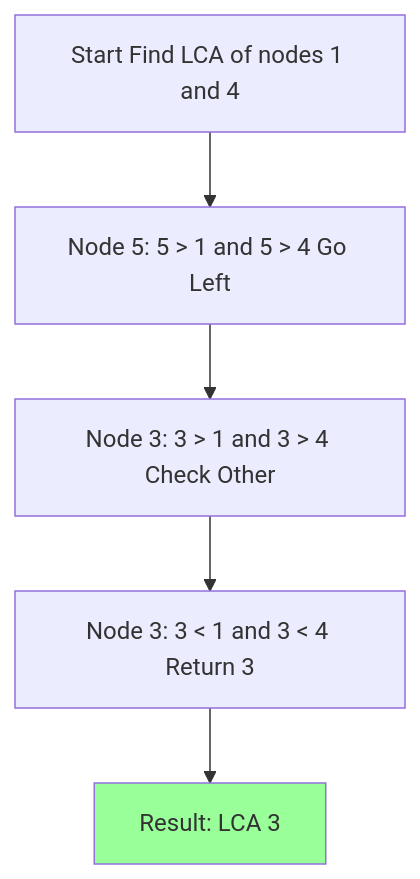
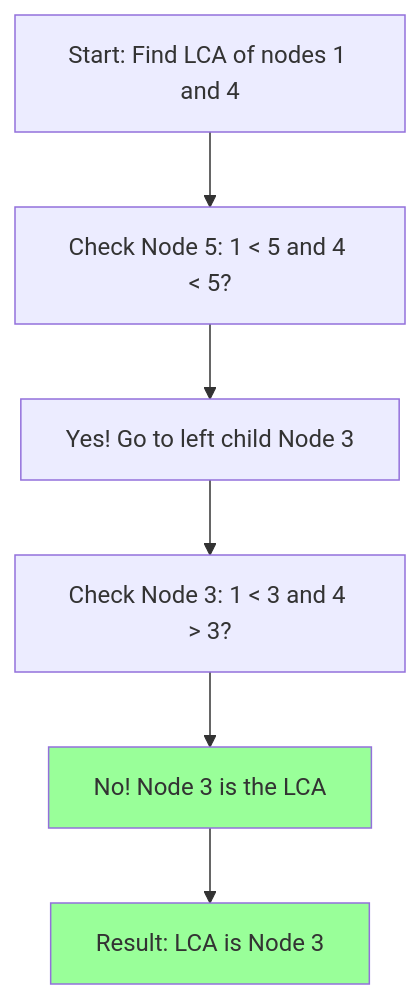
One commit to proxyroot/proxyroot.github.io changed the fifth of 5 diagrams in _posts/2024-06-01-bst-overview.markdown. Above: the diagram before and after it, drawn with Mermaid. The commit also changed other lines of this file, not shown here.

````diff
--- a/_posts/2024-06-01-bst-overview.markdown
+++ b/_posts/2024-06-01-bst-overview.markdown
@@ -170,11 +214,13 @@
 ```mermaid
 graph TD
-    Start[Start Find LCA of nodes 1 and 4]
-    N5[Node 5: 5 > 1 and 5 > 4 Go Left]
-    N3[Node 3: 3 > 1 and 3 > 4 Check Other]
-    N3Check[Node 3: 3 < 1 and 3 < 4 Return 3]
-    Result[Result: LCA 3]
+    Start[Start: Find LCA of nodes 1 and 4]
+    Check5[Check Node 5: 1 < 5 and 4 < 5?]
+    GoLeft[Yes! Go to left child Node 3]
+    Check3[Check Node 3: 1 < 3 and 4 > 3?]
+    Found[No! Node 3 is the LCA]
+    Result[Result: LCA is Node 3]
 
-    Start --> N5 --> N3 --> N3Check --> Result
+    Start --> Check5 --> GoLeft --> Check3 --> Found --> Result
+    style Found fill:#99ff99
     style Result fill:#99ff99
 ```
````
